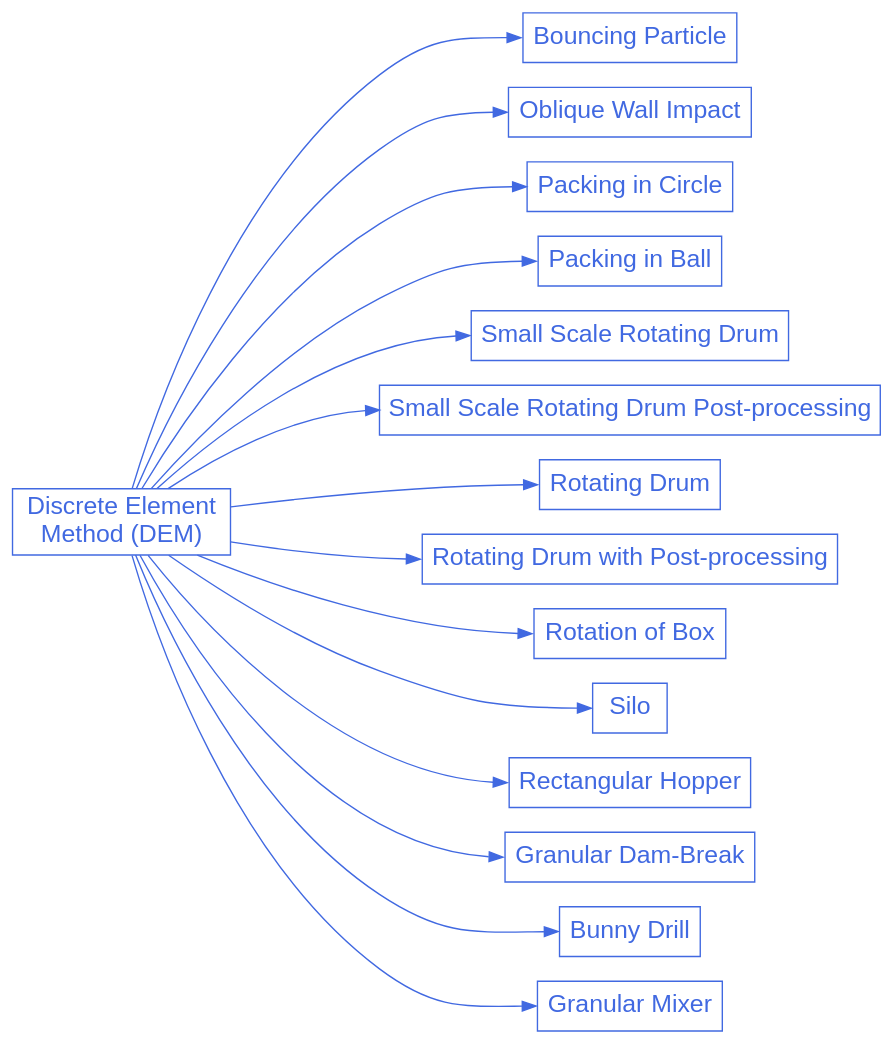
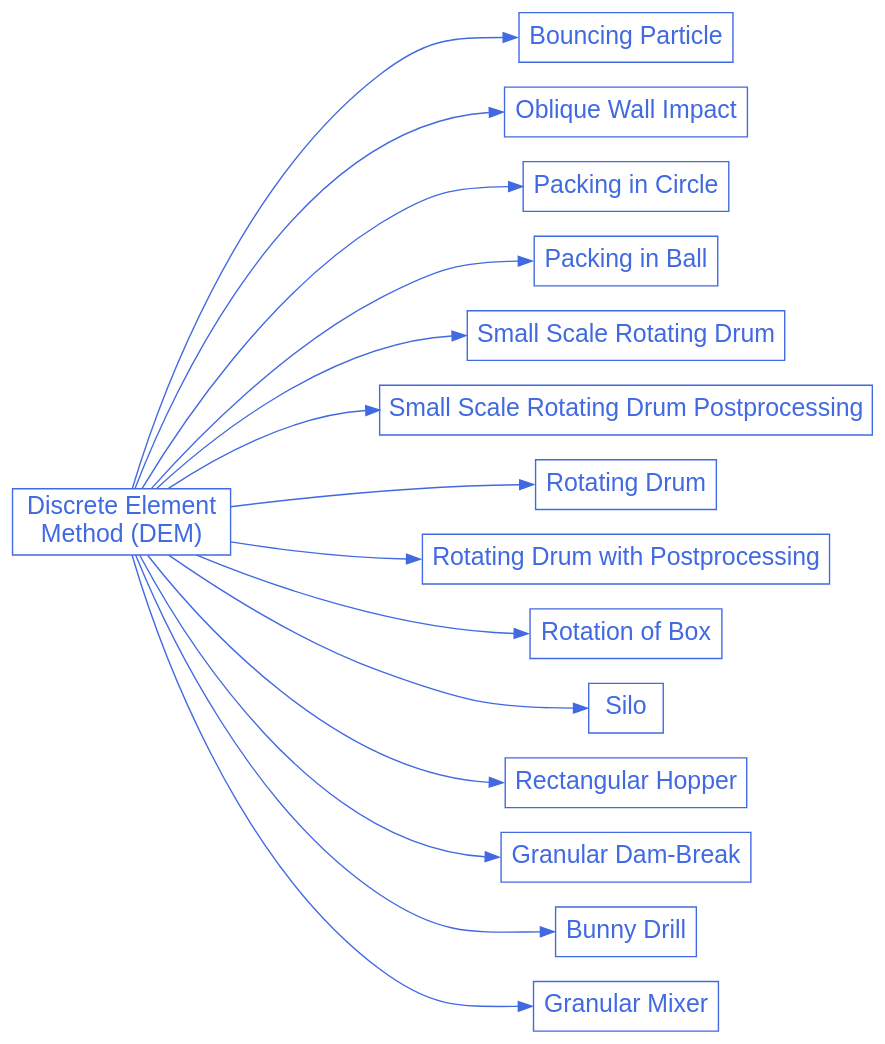
Before and after one commit to chaos-polymtl/lethe: the diagram in doc/source/examples/dem/dem.rst, drawn with Graphviz. The commit also changed other lines of this file and 74 other files, not shown here.

```diff
--- a/doc/source/examples/dem/dem.rst
+++ b/doc/source/examples/dem/dem.rst
@@ -27,56 +27,56 @@
 .. graphviz:: 
 
     digraph dem_diagram {
       graph [bgcolor="transparent", align=true, ranksep=1.5];
       node [fontname=Arial, fontsize=18, shape=box, fontcolor=royalblue, color=royalblue];
       edge [color=royalblue];
       rankdir="LR";
       size = "9,9";
       
       dem [label="Discrete Element \nMethod (DEM)", href="https://lethe-cfd.github.io/lethe/documentation/examples/dem/dem.html"];
 
       dem_1 [label="Bouncing Particle", href="https://lethe-cfd.github.io/lethe/documentation/examples/dem/bouncing-particle/bouncing-particle.html"];
 
       dem_2 [label="Oblique Wall Impact", href="https://lethe-cfd.github.io/lethe/documentation/examples/dem/oblique-wall-impact/oblique-wall-impact.html"];
 
       dem_3 [label="Packing in Circle", href="https://lethe-cfd.github.io/lethe/documentation/examples/dem/packing-in-circle/packing-in-circle.html"];
 
       dem_4 [label="Packing in Ball", href="https://lethe-cfd.github.io/lethe/documentation/examples/dem/packing-in-ball/packing-in-ball.html"];
 
       dem_5 [label="Small Scale Rotating Drum", href="https://lethe-cfd.github.io/lethe/documentation/examples/dem/small-scale-rotating-drum/small-scale-rotating-drum.html"];
     
-      dem_6 [label="Small Scale Rotating Drum Post-processing", href="https://lethe-cfd.github.io/lethe/documentation/examples/dem/small-scale-rotating-drum-post-processing/small-scale-rotating-drum-post-processing.html"];
+      dem_6 [label="Small Scale Rotating Drum Postprocessing", href="https://lethe-cfd.github.io/lethe/documentation/examples/dem/small-scale-rotating-drum-postprocessing/small-scale-rotating-drum-postprocessing.html"];
 
       dem_7 [label="Rotating Drum", href="https://lethe-cfd.github.io/lethe/documentation/examples/dem/rotating-drum/rotating-drum.html"];
 
-      dem_8 [label="Rotating Drum with Post-processing", href="https://lethe-cfd.github.io/lethe/documentation/examples/dem/rotating-drum-with-post-processing/rotating-drum-with-post-processing.html"];
+      dem_8 [label="Rotating Drum with Postprocessing", href="https://lethe-cfd.github.io/lethe/documentation/examples/dem/rotating-drum-with-postprocessing/rotating-drum-with-postprocessing.html"];
 
       dem_9 [label="Rotation of Box", href="https://lethe-cfd.github.io/lethe/documentation/examples/dem/rotation-of-box/rotation-of-box.html"];
 
       dem_10 [label="Silo", href="https://lethe-cfd.github.io/lethe/documentation/examples/dem/silo/silo.html"]; 
 
       dem_11 [label="Rectangular Hopper", href="https://lethe-cfd.github.io/lethe/documentation/examples/dem/rectangular-hopper/rectangular-hopper.html"];
 
       dem_12 [label="Granular Dam-Break", href="https://lethe-cfd.github.io/lethe/documentation/examples/dem/granular-dam-break/granular-dam-break.html"];
 
       dem_13 [label="Bunny Drill", href="https://lethe-cfd.github.io/lethe/documentation/examples/dem/bunny-drill/bunny-drill.html"];
 
       dem_14 [label="Granular Mixer", href="https://lethe-cfd.github.io/lethe/documentation/examples/dem/granular-mixer/granular-mixer.html"];
 
       
 
       dem -> dem_1:w;
       dem -> dem_2:w;
       dem -> dem_3:w;
       dem -> dem_4:w;
       dem -> dem_5:w;
       dem -> dem_6:w;
       dem -> dem_7:w;
       dem -> dem_8:w;
       dem -> dem_9:w;
       dem -> dem_10:w;
       dem -> dem_11:w;
       dem -> dem_12:w;
       dem -> dem_13:w;
       dem -> dem_14:w;
     }
```
